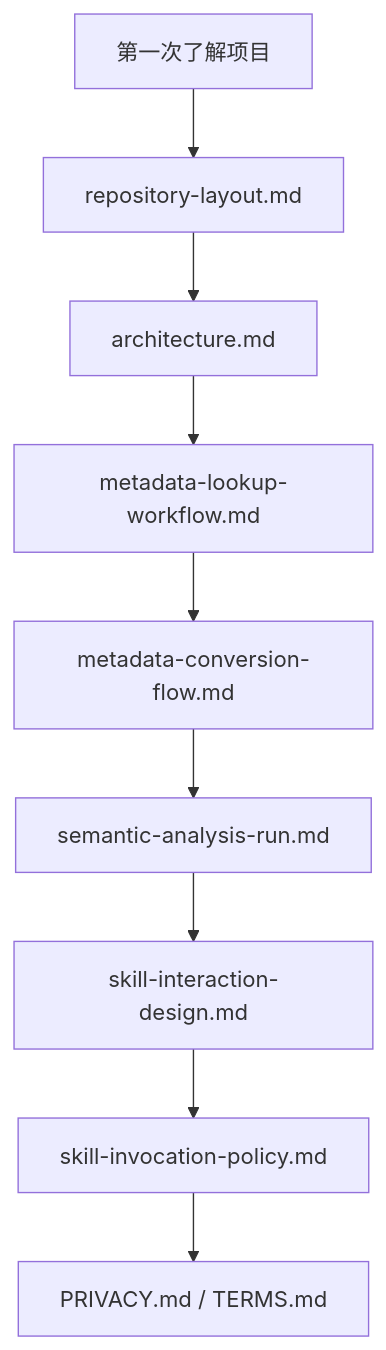
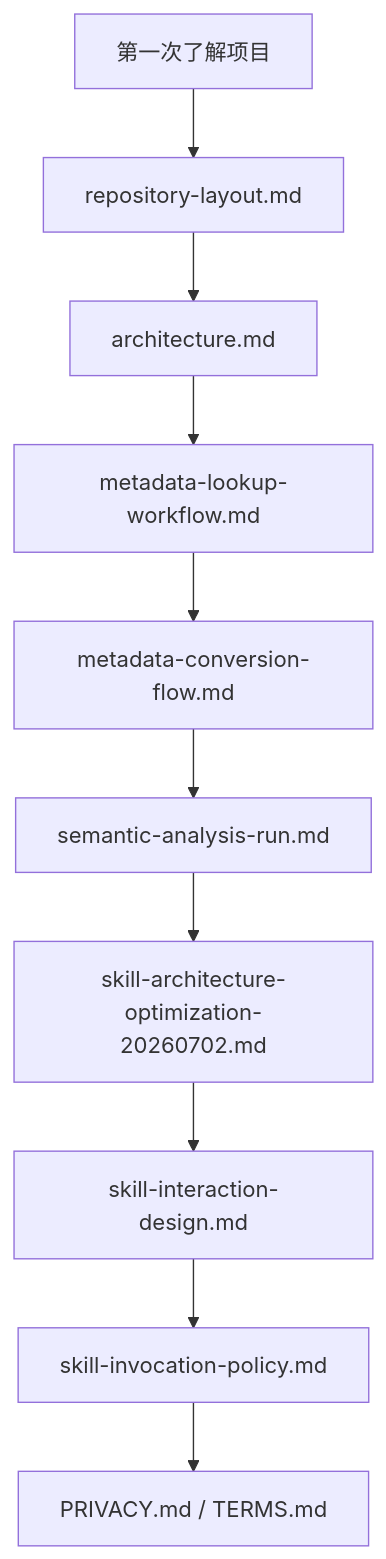
One commit to dabaige53/RealAnalyst changed the diagram in docs/README.md. Above: the diagram before and after it, drawn with Mermaid. The commit also changed other lines of this file and 8 other files, not shown here.

Commit message:
docs: document skill architecture optimization

````diff
--- a/docs/README.md
+++ b/docs/README.md
@@ -10,11 +10,12 @@
 ```mermaid
 flowchart TD
     Start[第一次了解项目] --> Layout[repository-layout.md]
     Layout --> Arch[architecture.md]
     Arch --> Lookup[metadata-lookup-workflow.md]
     Lookup --> Conversion[metadata-conversion-flow.md]
     Conversion --> Semantic[semantic-analysis-run.md]
-    Semantic --> Interaction[skill-interaction-design.md]
+    Semantic --> Optimization[skill-architecture-optimization-20260702.md]
+    Optimization --> Interaction[skill-interaction-design.md]
     Interaction --> Invocation[skill-invocation-policy.md]
     Invocation --> Privacy[PRIVACY.md / TERMS.md]
 ```
````
